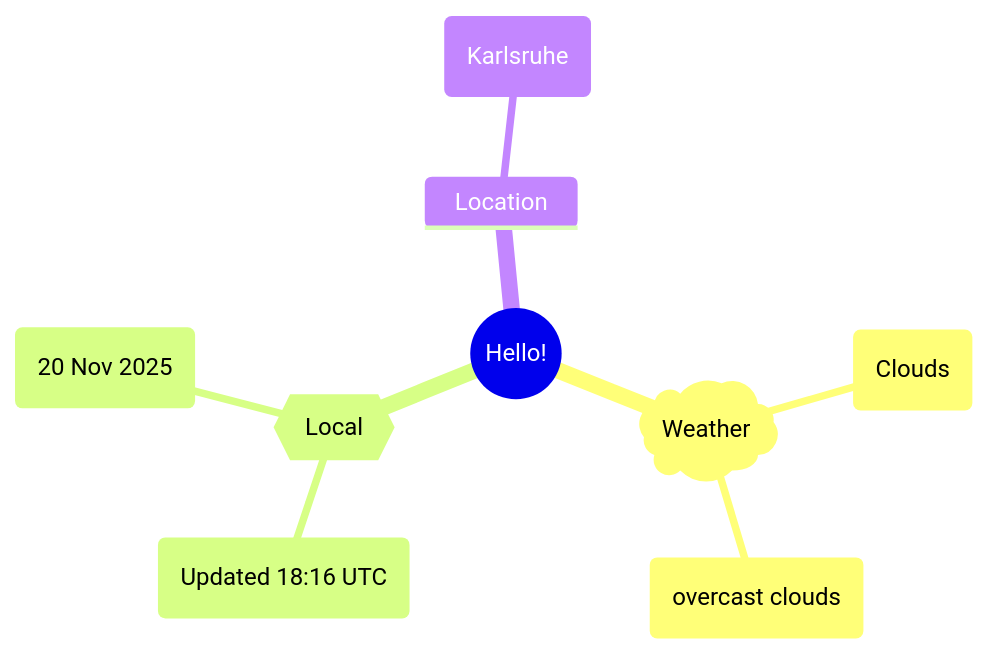
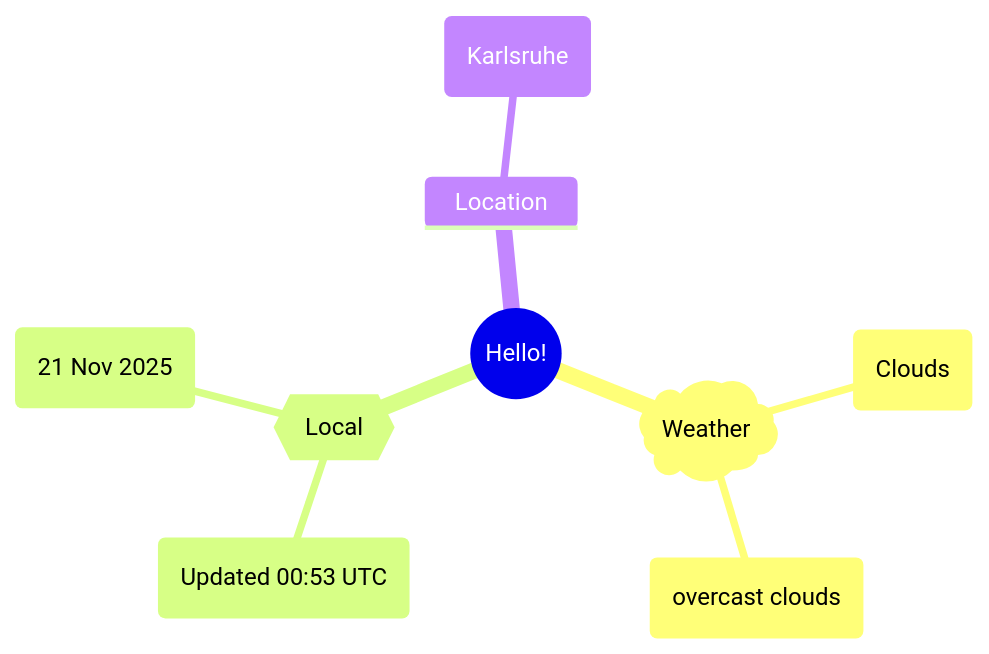
The first of 2 diagrams in README.md (Xosrov/Xosrov), drawn with Mermaid before and after one commit.

Commit message:
[bot] updated images

````diff
--- a/README.md
+++ b/README.md
@@ -3,12 +3,12 @@
 ```mermaid
 mindmap
   root((Hello!))
     )Weather(
         (Clouds)
         (overcast clouds)
     {{Local}}
-        (Updated 18:16 UTC)
-        (20 Nov 2025)
+        (Updated 00:53 UTC)
+        (21 Nov 2025)
     Location
         (Karlsruhe)
 ```
````
